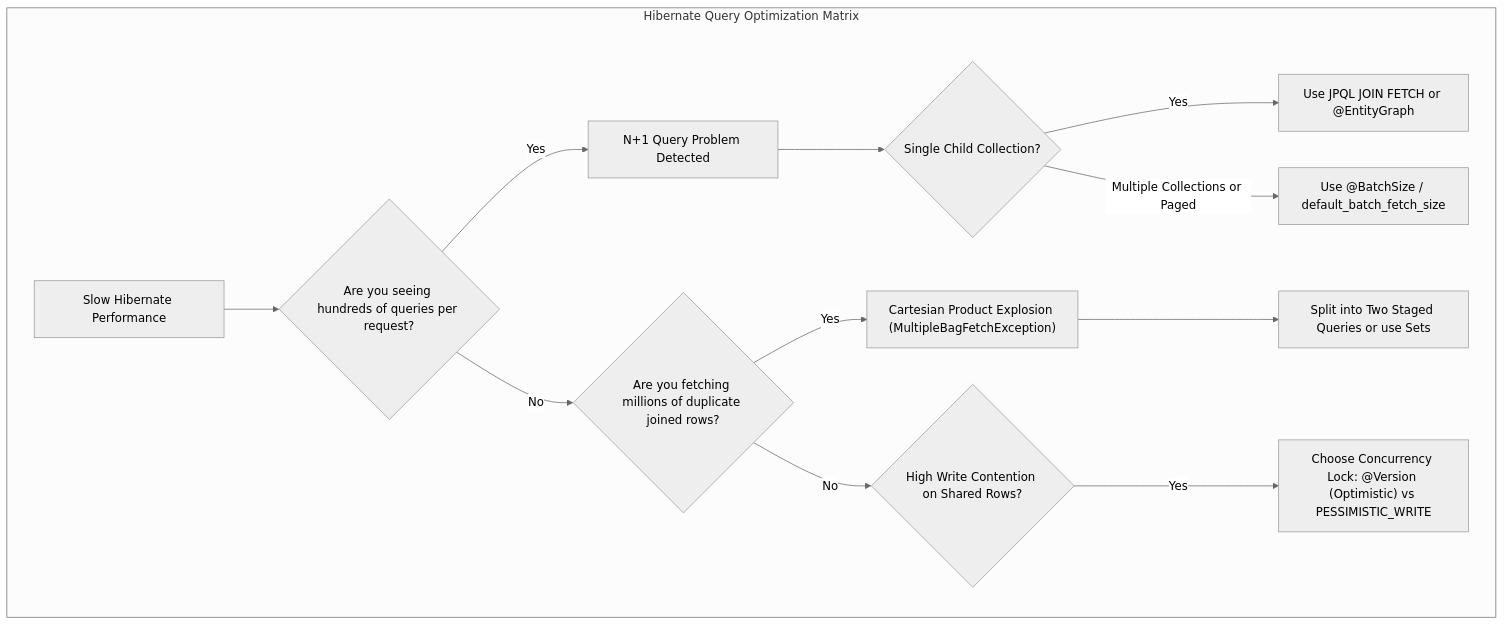
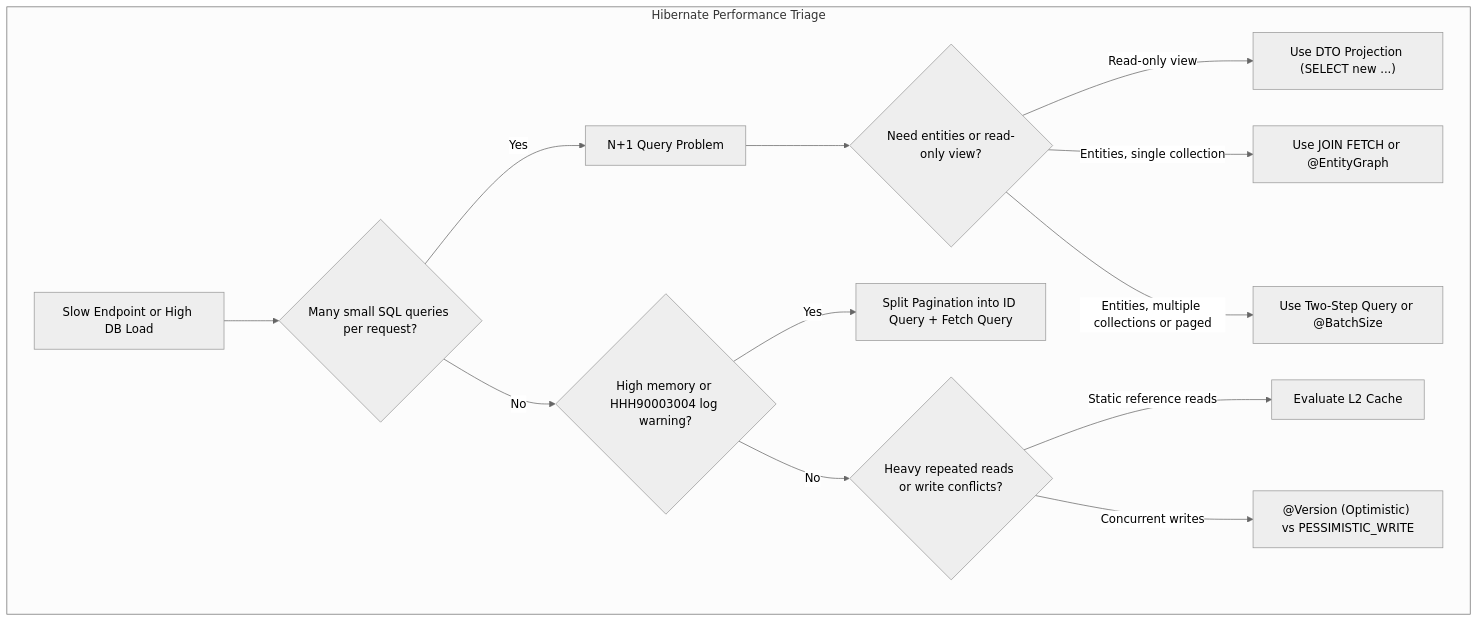
Before and after one commit to ravishankar2463/java_hub: the first of 2 diagrams in content/roadmap/level-7/hibernate-performance-tuning.md, drawn with Mermaid (neutral theme). The commit also changed other lines of this file and 119 other files, not shown here.

Commit message:
feat: add comprehensive java learning roadmap content across multiple levels

````diff
--- a/content/roadmap/level-7/hibernate-performance-tuning.md
+++ b/content/roadmap/level-7/hibernate-performance-tuning.md
@@ -19,18 +12,18 @@
 ```mermaid
 flowchart TD
-    subgraph "Hibernate Query Optimization Matrix"
-        Problem["Slow Hibernate Performance"] --> Q1{"Are you seeing hundreds of queries per request?"}
-        
-        Q1 -->|"Yes"| N1["N+1 Query Problem Detected"]
-        N1 --> S1{"Single Child Collection?"}
-        S1 -->|"Yes"| J1["Use JPQL JOIN FETCH or @EntityGraph"]
-        S1 -->|"Multiple Collections or Paged"| J2["Use @BatchSize / default_batch_fetch_size"]
-        
-        Q1 -->|"No"| Q2{"Are you fetching millions of duplicate joined rows?"}
-        Q2 -->|"Yes"| CP["Cartesian Product Explosion (MultipleBagFetchException)"]
-        CP --> FixCP["Split into Two Staged Queries or use Sets"]
-        
-        Q2 -->|"No"| Q3{"High Write Contention on Shared Rows?"}
-        Q3 -->|"Yes"| Locks["Choose Concurrency Lock: @Version (Optimistic) vs PESSIMISTIC_WRITE"]
+    subgraph "Hibernate Performance Triage"
+        Slow["Slow Endpoint or High DB Load"] --> Q1{"Many small SQL queries per request?"}
+        Q1 -->|"Yes"| N1["N+1 Query Problem"]
+        N1 --> S1{"Need entities or read-only view?"}
+        S1 -->|"Read-only view"| DTO["Use DTO Projection (SELECT new ...)"]
+        S1 -->|"Entities, single collection"| JF["Use JOIN FETCH or @EntityGraph"]
+        S1 -->|"Entities, multiple collections or paged"| BS["Use Two-Step Query or @BatchSize"]
+
+        Q1 -->|"No"| Q2{"High memory or HHH90003004 log warning?"}
+        Q2 -->|"Yes"| Pag["Split Pagination into ID Query + Fetch Query"]
+
+        Q2 -->|"No"| Q3{"Heavy repeated reads or write conflicts?"}
+        Q3 -->|"Static reference reads"| L2["Evaluate L2 Cache"]
+        Q3 -->|"Concurrent writes"| Lock["@Version (Optimistic) vs PESSIMISTIC_WRITE"]
     end
 ```
````
